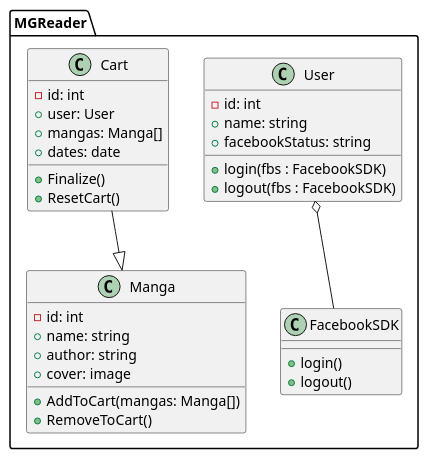
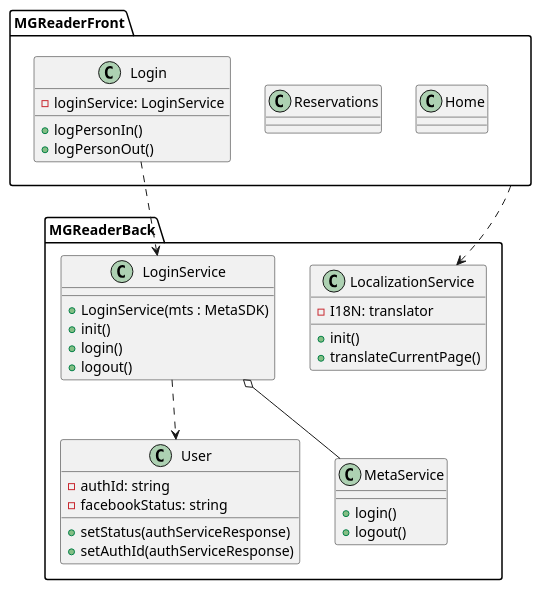
Before and after one commit to CPNV-ES/MGReader: the diagram in classDiagram.puml, drawn with PlantUML.

Commit message:
refactor: UML class diagram to be up to date

```diff
--- a/classDiagram.puml
+++ b/classDiagram.puml
@@ -1,40 +1,53 @@
 @startuml
 
-namespace MGReader {
+namespace MGReaderBack {
     class User {
-        -id: int
-        +name: string
-        +facebookStatus: string
-
-        +login(fbs : FacebookSDK)
-        +logout(fbs : FacebookSDK)
+        -authId: string
+        -facebookStatus: string
+        +setStatus(authServiceResponse)
+        +setAuthId(authServiceResponse)
     }
 
-    class FacebookSDK {
+    class MetaService {
         +login()
         +logout()
     }
 
-    class Manga {
-        -id: int
-        +name: string
-        +author: string
-        +cover: image
-        +AddToCart(mangas: Manga[])
-        +RemoveToCart()
+    class LocalizationService {
+            -I18N: translator
+            +init()
+            +translateCurrentPage()
     }
 
-    class Cart {
-        -id: int
-        +user: User
-        +mangas: Manga[]
-        +dates: date
-        +Finalize()
-        +ResetCart()
+    class LoginService {
+        +LoginService(mts : MetaSDK)
+        +init()
+        +login()
+        +logout()
     }
 
-    User o-- FacebookSDK
-    Cart --|> Manga
+     LoginService ..> User
+     LoginService o-- MetaService
 
 }
+
+namespace MGReaderFront{
+
+    class Home {
+    }
+
+    class Reservations {
+    }
+
+    class Login {
+        -loginService: LoginService
+        +logPersonIn()
+        +logPersonOut()
+    }
+
+    Login ..> LoginService
+}
+
+MGReaderFront ..> MGReaderBack.LocalizationService
+
 @enduml
```
